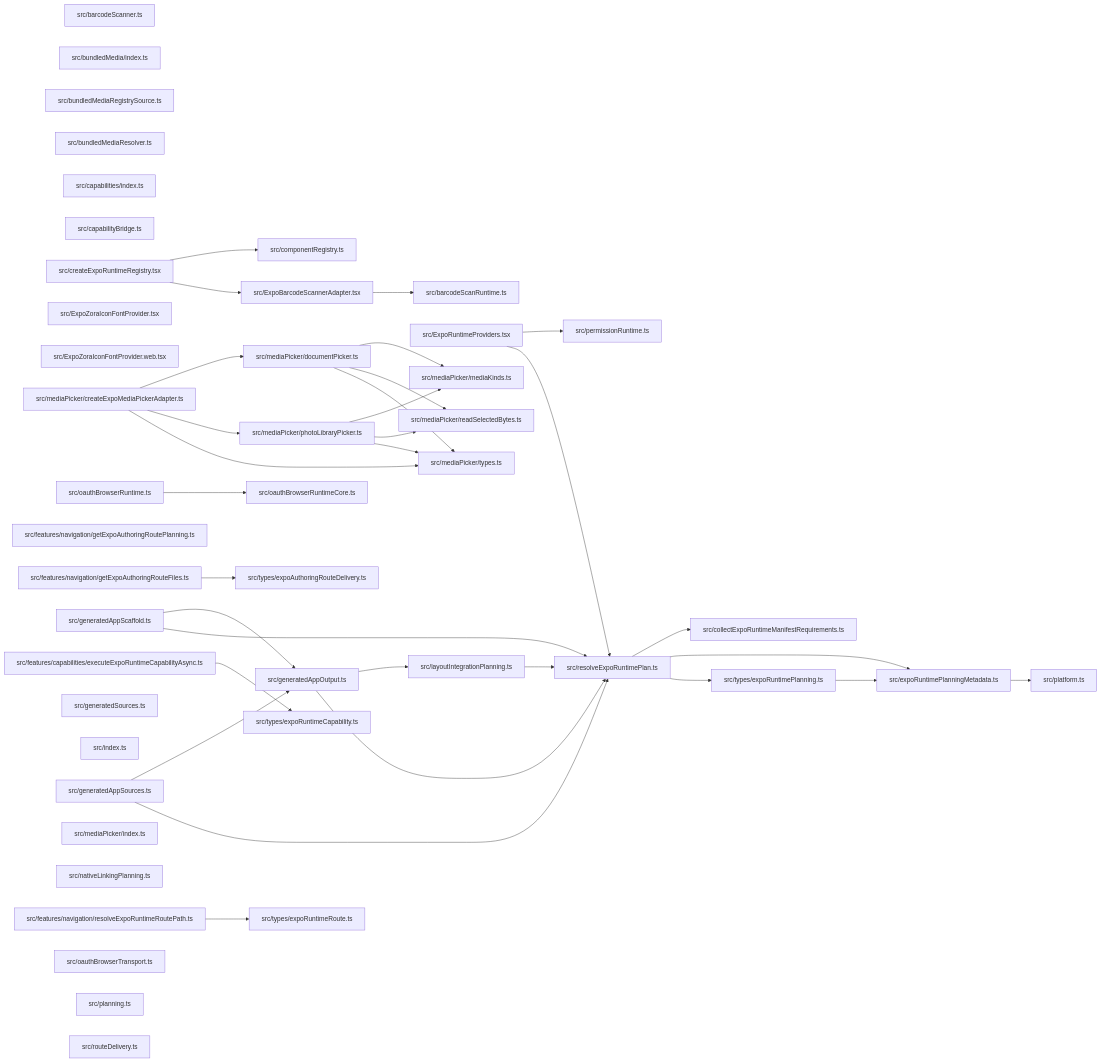
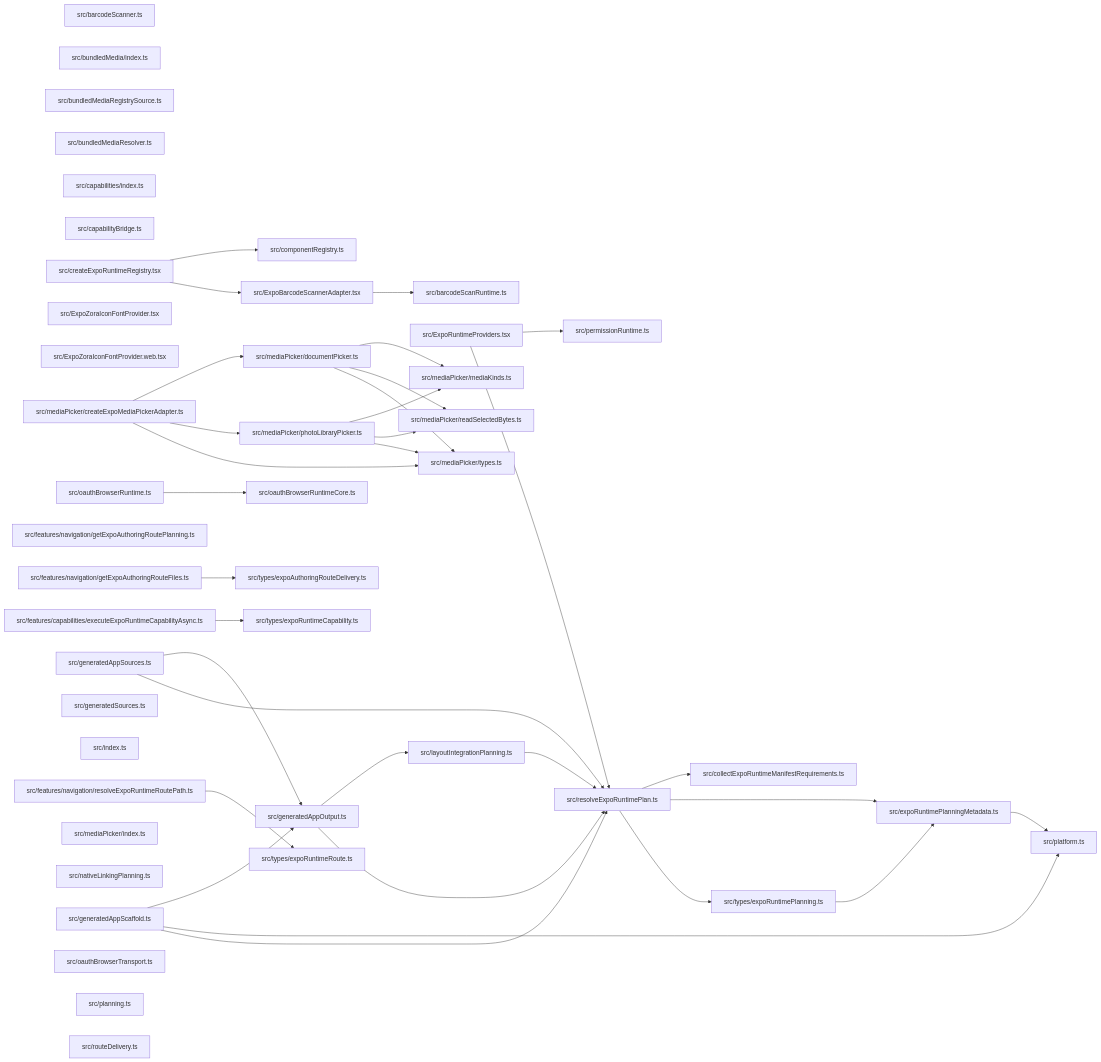
The diagram in paradox/diagrams/module-relationships.mmd (ankhorage/expo-runtime), drawn with Mermaid before and after one commit. The commit also changed 10 other files, not shown here.

```diff
--- a/paradox/diagrams/module-relationships.mmd
+++ b/paradox/diagrams/module-relationships.mmd
@@ -1,76 +1,77 @@
 graph LR
   module_src_barcodeScanner_ts["src/barcodeScanner.ts"]
   module_src_barcodeScanRuntime_ts["src/barcodeScanRuntime.ts"]
   module_src_bundledMedia_index_ts["src/bundledMedia/index.ts"]
   module_src_bundledMediaRegistrySource_ts["src/bundledMediaRegistrySource.ts"]
   module_src_bundledMediaResolver_ts["src/bundledMediaResolver.ts"]
   module_src_capabilities_index_ts["src/capabilities/index.ts"]
   module_src_capabilityBridge_ts["src/capabilityBridge.ts"]
   module_src_collectExpoRuntimeManifestRequirements_ts["src/collectExpoRuntimeManifestRequirements.ts"]
   module_src_componentRegistry_ts["src/componentRegistry.ts"]
   module_src_createExpoRuntimeRegistry_tsx["src/createExpoRuntimeRegistry.tsx"]
   module_src_ExpoBarcodeScannerAdapter_tsx["src/ExpoBarcodeScannerAdapter.tsx"]
   module_src_expoRuntimePlanningMetadata_ts["src/expoRuntimePlanningMetadata.ts"]
   module_src_ExpoRuntimeProviders_tsx["src/ExpoRuntimeProviders.tsx"]
   module_src_ExpoZoraIconFontProvider_tsx["src/ExpoZoraIconFontProvider.tsx"]
   module_src_ExpoZoraIconFontProvider_web_tsx["src/ExpoZoraIconFontProvider.web.tsx"]
   module_src_features_capabilities_executeExpoRuntimeCapabilityAsync_ts["src/features/capabilities/executeExpoRuntimeCapabilityAsync.ts"]
   module_src_features_navigation_getExpoAuthoringRouteFiles_ts["src/features/navigation/getExpoAuthoringRouteFiles.ts"]
   module_src_features_navigation_getExpoAuthoringRoutePlanning_ts["src/features/navigation/getExpoAuthoringRoutePlanning.ts"]
   module_src_features_navigation_resolveExpoRuntimeRoutePath_ts["src/features/navigation/resolveExpoRuntimeRoutePath.ts"]
   module_src_generatedAppOutput_ts["src/generatedAppOutput.ts"]
   module_src_generatedAppScaffold_ts["src/generatedAppScaffold.ts"]
   module_src_generatedAppSources_ts["src/generatedAppSources.ts"]
   module_src_generatedSources_ts["src/generatedSources.ts"]
   module_src_index_ts["src/index.ts"]
   module_src_layoutIntegrationPlanning_ts["src/layoutIntegrationPlanning.ts"]
   module_src_mediaPicker_createExpoMediaPickerAdapter_ts["src/mediaPicker/createExpoMediaPickerAdapter.ts"]
   module_src_mediaPicker_documentPicker_ts["src/mediaPicker/documentPicker.ts"]
   module_src_mediaPicker_index_ts["src/mediaPicker/index.ts"]
   module_src_mediaPicker_mediaKinds_ts["src/mediaPicker/mediaKinds.ts"]
   module_src_mediaPicker_photoLibraryPicker_ts["src/mediaPicker/photoLibraryPicker.ts"]
   module_src_mediaPicker_readSelectedBytes_ts["src/mediaPicker/readSelectedBytes.ts"]
   module_src_mediaPicker_types_ts["src/mediaPicker/types.ts"]
   module_src_nativeLinkingPlanning_ts["src/nativeLinkingPlanning.ts"]
   module_src_oauthBrowserRuntime_ts["src/oauthBrowserRuntime.ts"]
   module_src_oauthBrowserRuntimeCore_ts["src/oauthBrowserRuntimeCore.ts"]
   module_src_oauthBrowserTransport_ts["src/oauthBrowserTransport.ts"]
   module_src_permissionRuntime_ts["src/permissionRuntime.ts"]
   module_src_planning_ts["src/planning.ts"]
   module_src_platform_ts["src/platform.ts"]
   module_src_resolveExpoRuntimePlan_ts["src/resolveExpoRuntimePlan.ts"]
   module_src_routeDelivery_ts["src/routeDelivery.ts"]
   module_src_types_expoAuthoringRouteDelivery_ts["src/types/expoAuthoringRouteDelivery.ts"]
   module_src_types_expoRuntimeCapability_ts["src/types/expoRuntimeCapability.ts"]
   module_src_types_expoRuntimePlanning_ts["src/types/expoRuntimePlanning.ts"]
   module_src_types_expoRuntimeRoute_ts["src/types/expoRuntimeRoute.ts"]
   module_src_createExpoRuntimeRegistry_tsx --> module_src_componentRegistry_ts
   module_src_createExpoRuntimeRegistry_tsx --> module_src_ExpoBarcodeScannerAdapter_tsx
   module_src_ExpoBarcodeScannerAdapter_tsx --> module_src_barcodeScanRuntime_ts
   module_src_expoRuntimePlanningMetadata_ts --> module_src_platform_ts
   module_src_ExpoRuntimeProviders_tsx --> module_src_permissionRuntime_ts
   module_src_ExpoRuntimeProviders_tsx --> module_src_resolveExpoRuntimePlan_ts
   module_src_features_capabilities_executeExpoRuntimeCapabilityAsync_ts --> module_src_types_expoRuntimeCapability_ts
   module_src_features_navigation_getExpoAuthoringRouteFiles_ts --> module_src_types_expoAuthoringRouteDelivery_ts
   module_src_features_navigation_resolveExpoRuntimeRoutePath_ts --> module_src_types_expoRuntimeRoute_ts
   module_src_generatedAppOutput_ts --> module_src_layoutIntegrationPlanning_ts
   module_src_generatedAppOutput_ts --> module_src_resolveExpoRuntimePlan_ts
   module_src_generatedAppScaffold_ts --> module_src_generatedAppOutput_ts
+  module_src_generatedAppScaffold_ts --> module_src_platform_ts
   module_src_generatedAppScaffold_ts --> module_src_resolveExpoRuntimePlan_ts
   module_src_generatedAppSources_ts --> module_src_generatedAppOutput_ts
   module_src_generatedAppSources_ts --> module_src_resolveExpoRuntimePlan_ts
   module_src_layoutIntegrationPlanning_ts --> module_src_resolveExpoRuntimePlan_ts
   module_src_mediaPicker_createExpoMediaPickerAdapter_ts --> module_src_mediaPicker_documentPicker_ts
   module_src_mediaPicker_createExpoMediaPickerAdapter_ts --> module_src_mediaPicker_photoLibraryPicker_ts
   module_src_mediaPicker_createExpoMediaPickerAdapter_ts --> module_src_mediaPicker_types_ts
   module_src_mediaPicker_documentPicker_ts --> module_src_mediaPicker_mediaKinds_ts
   module_src_mediaPicker_documentPicker_ts --> module_src_mediaPicker_readSelectedBytes_ts
   module_src_mediaPicker_documentPicker_ts --> module_src_mediaPicker_types_ts
   module_src_mediaPicker_photoLibraryPicker_ts --> module_src_mediaPicker_mediaKinds_ts
   module_src_mediaPicker_photoLibraryPicker_ts --> module_src_mediaPicker_readSelectedBytes_ts
   module_src_mediaPicker_photoLibraryPicker_ts --> module_src_mediaPicker_types_ts
   module_src_oauthBrowserRuntime_ts --> module_src_oauthBrowserRuntimeCore_ts
   module_src_resolveExpoRuntimePlan_ts --> module_src_collectExpoRuntimeManifestRequirements_ts
   module_src_resolveExpoRuntimePlan_ts --> module_src_expoRuntimePlanningMetadata_ts
   module_src_resolveExpoRuntimePlan_ts --> module_src_types_expoRuntimePlanning_ts
   module_src_types_expoRuntimePlanning_ts --> module_src_expoRuntimePlanningMetadata_ts
```
